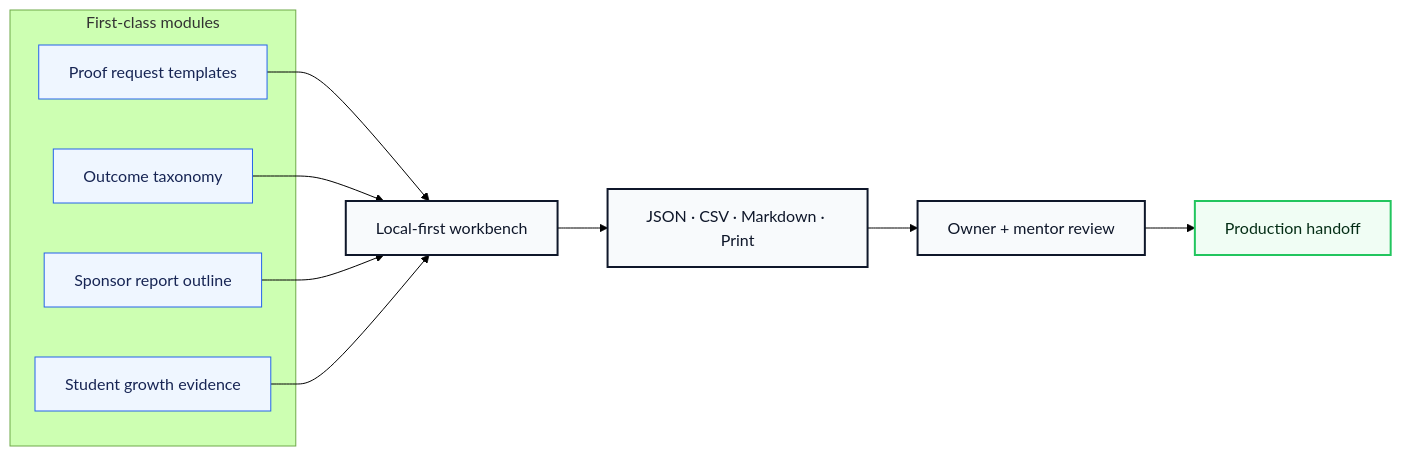
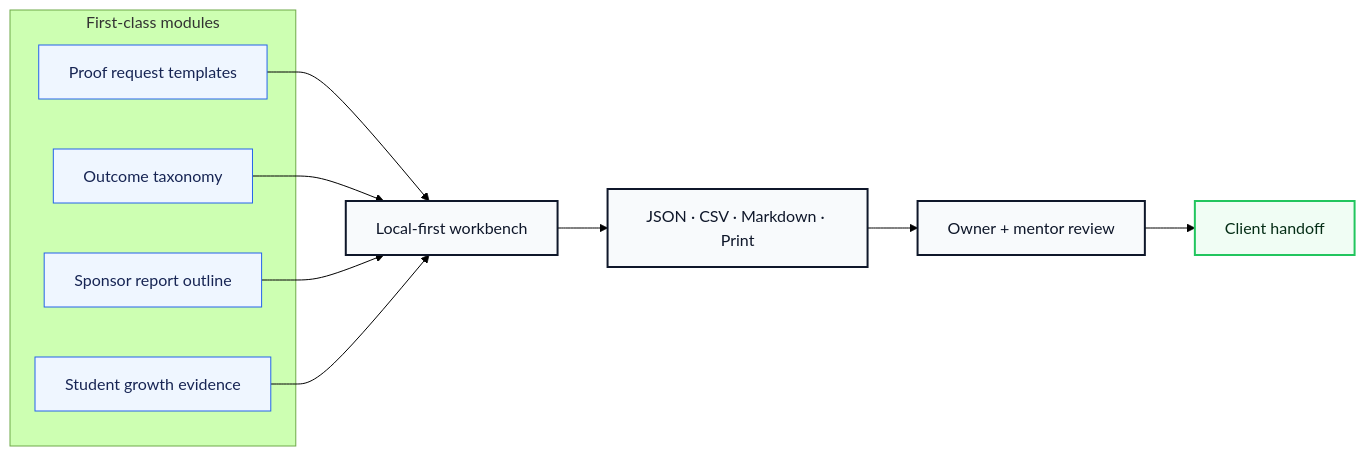
One commit to volta-npo/impact-proof-kit changed the second of 3 diagrams in README.md. Above: the diagram before and after it, drawn with Mermaid (forest theme). The commit also changed other lines of this file and 28 other files, not shown here.

````diff
--- a/README.md
+++ b/README.md
@@ -64,23 +64,23 @@
 ```mermaid
 flowchart LR
     subgraph Modules["First-class modules"]
         M1["Proof request templates"]
         M2["Outcome taxonomy"]
         M3["Sponsor report outline"]
         M4["Student growth evidence"]
     end
     M1 --> Workbench
     M2 --> Workbench
     M3 --> Workbench
     M4 --> Workbench
     Workbench["Local-first workbench"] --> Exports["JSON · CSV · Markdown · Print"]
     Exports --> Review["Owner + mentor review"]
-    Review --> Launch["Production handoff"]
+    Review --> Launch["Client handoff"]
 
     classDef module fill:#eff6ff,stroke:#2563eb,color:#172554;
     classDef app fill:#f8fafc,stroke:#0f172a,color:#0f172a,stroke-width:2px;
     classDef launch fill:#f0fdf4,stroke:#22c55e,color:#052e16,stroke-width:2px;
     class M1,M2,M3,M4 module;
     class Workbench,Exports,Review app;
     class Launch launch;
 ```
````
